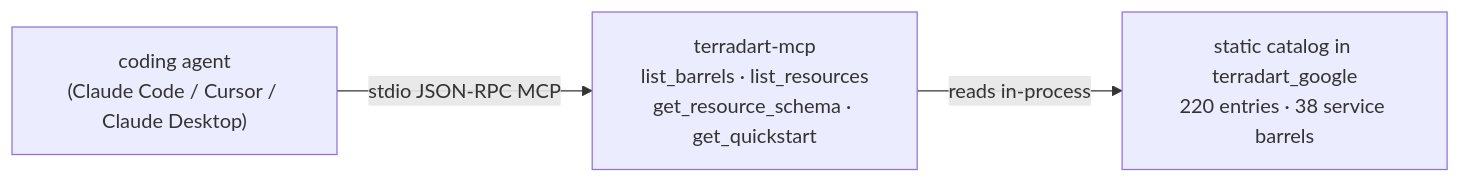
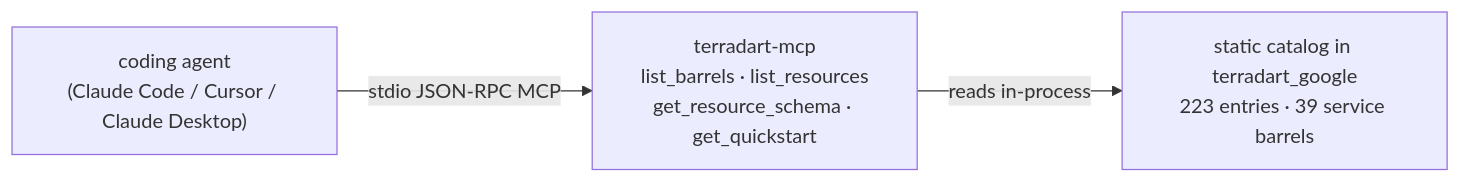
One commit to nozomi-koborinai/terradart changed the diagram in website/src/content/docs/docs/agent/index.md. Above: the diagram before and after it, drawn with Mermaid. The commit also changed other lines of this file and 32 other files, not shown here.

````diff
--- a/website/src/content/docs/docs/agent/index.md
+++ b/website/src/content/docs/docs/agent/index.md
@@ -12,8 +12,8 @@
 ```mermaid
 graph LR
   agent["coding agent<br/>(Claude Code / Cursor / Claude Desktop)"]
   mcp["terradart-mcp<br/>list_barrels · list_resources<br/>get_resource_schema · get_quickstart"]
-  catalog["static catalog in terradart_google<br/>220 entries · 38 service barrels"]
+  catalog["static catalog in terradart_google<br/>223 entries · 39 service barrels"]
   agent -->|stdio JSON-RPC MCP| mcp
   mcp -->|reads in-process| catalog
 ```
````
